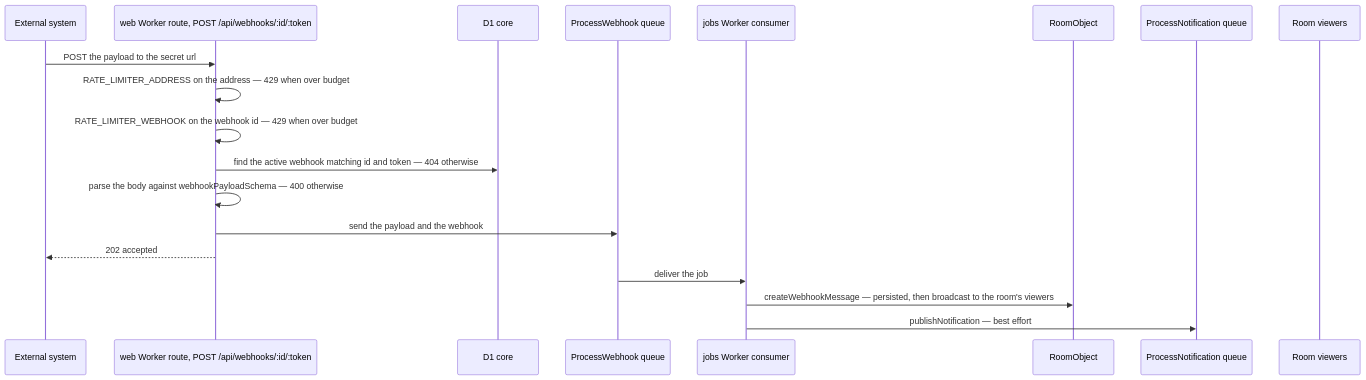
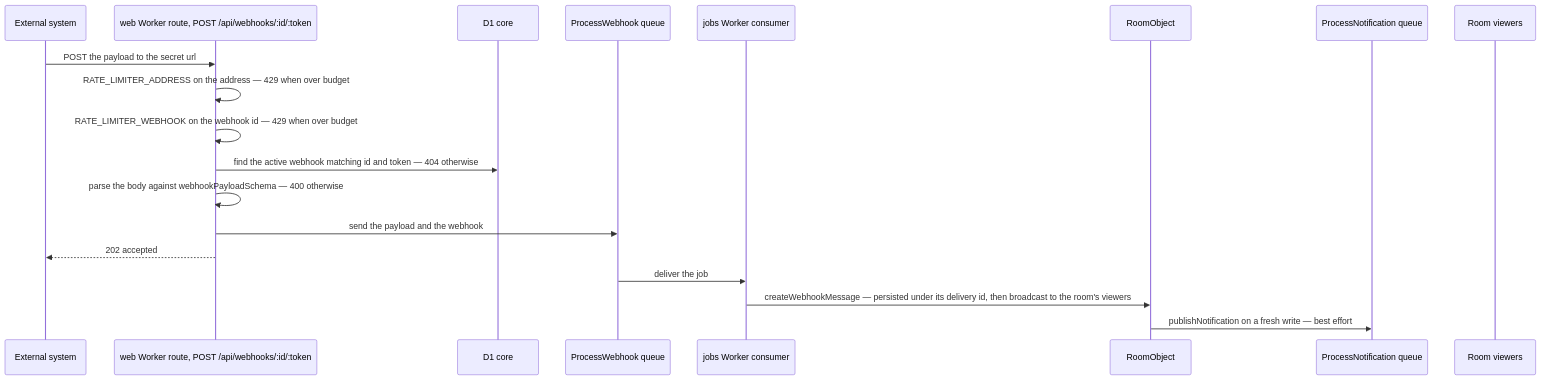
The diagram in openspec/specs/esbabbler/webhooks/design.md (Esposter/Esposter), drawn with Mermaid before and after one commit. The commit also changed other lines of this file and 1 other file, not shown here.

First line of the commit message:
fix(webhooks): a ProcessWebhook job is retried, since the room dedupes it by delivery id

````diff
--- a/openspec/specs/esbabbler/webhooks/design.md
+++ b/openspec/specs/esbabbler/webhooks/design.md
@@ -15,22 +15,22 @@
 ```mermaid
 sequenceDiagram
   participant Ext as External system
   participant Route as web Worker route, POST /api/webhooks/:id/:token
   participant D1 as D1 core
   participant Q as ProcessWebhook queue
   participant F as jobs Worker consumer
   participant R as RoomObject
   participant N as ProcessNotification queue
   participant Client as Room viewers
 
   Ext->>Route: POST the payload to the secret url
   Route->>Route: RATE_LIMITER_ADDRESS on the address — 429 when over budget
   Route->>Route: RATE_LIMITER_WEBHOOK on the webhook id — 429 when over budget
   Route->>D1: find the active webhook matching id and token — 404 otherwise
   Route->>Route: parse the body against webhookPayloadSchema — 400 otherwise
   Route->>Q: send the payload and the webhook
   Route-->>Ext: 202 accepted
   Q->>F: deliver the job
-  F->>R: createWebhookMessage — persisted, then broadcast to the room's viewers
-  F->>N: publishNotification — best effort
+  F->>R: createWebhookMessage — persisted under its delivery id, then broadcast to the room's viewers
+  R->>N: publishNotification on a fresh write — best effort
 ```
````
